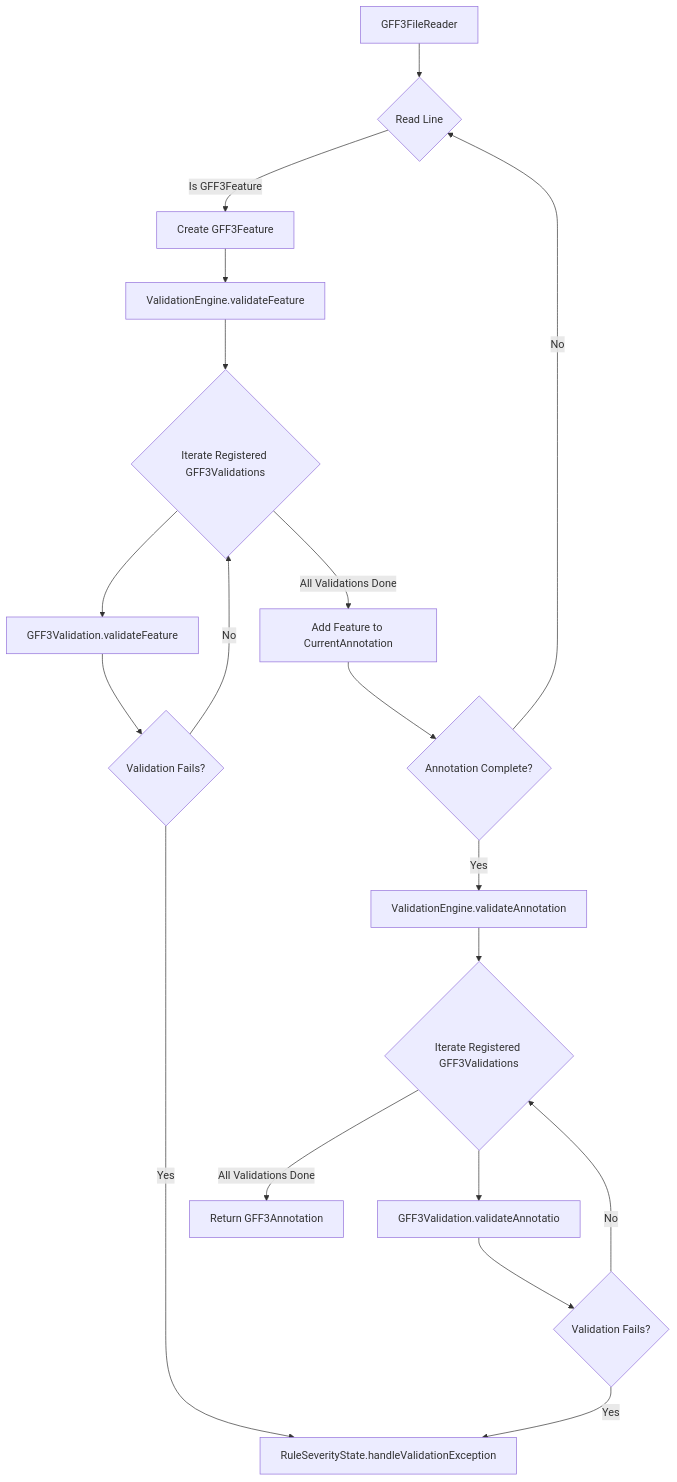
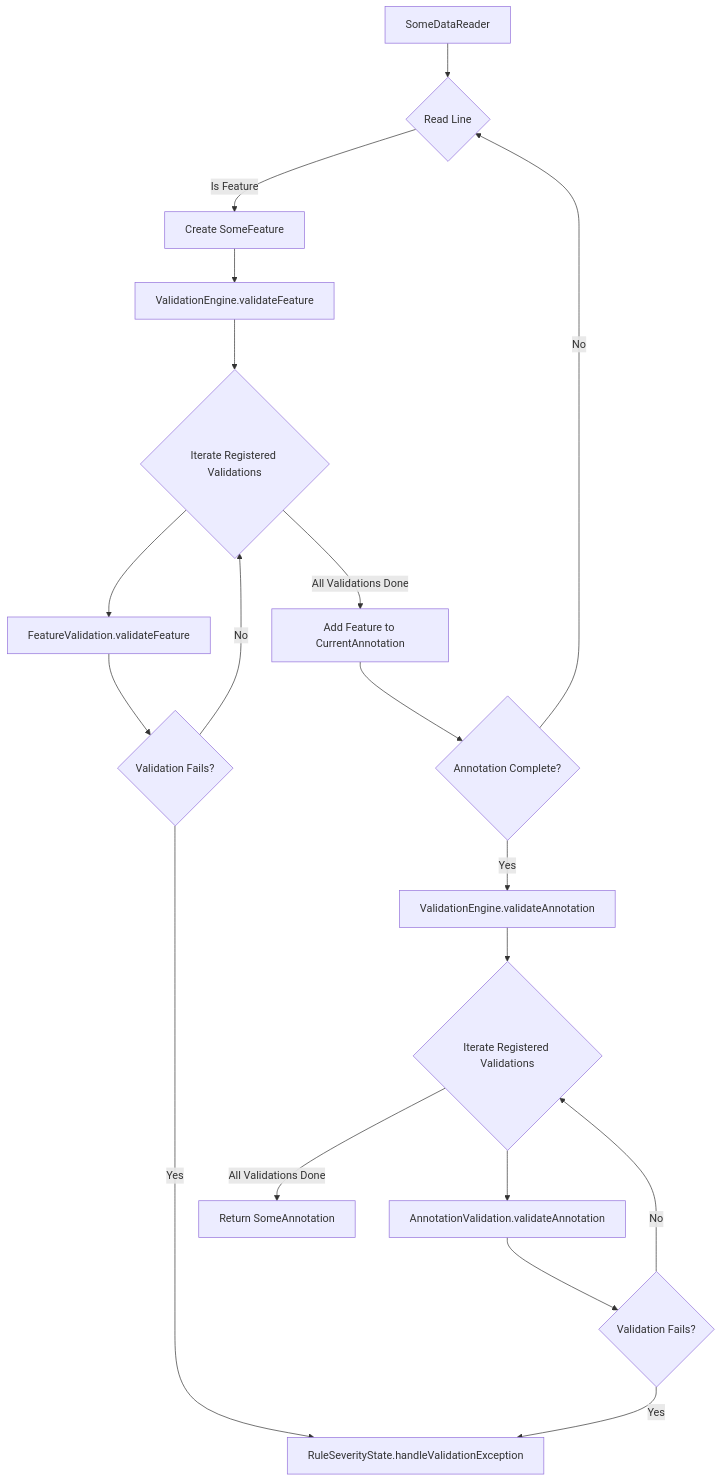
One commit to enasequence/gff3tools changed the diagram in docs/0003_validation_engine.md. Above: the diagram before and after it, drawn with Mermaid. The commit also changed other lines of this file, not shown here.

````diff
--- a/docs/0003_validation_engine.md
+++ b/docs/0003_validation_engine.md
@@ -127,21 +132,21 @@
 ```mermaid
 graph TD
-    A[GFF3FileReader] --> B{Read Line};
-    B -- Is GFF3Feature --> C[Create GFF3Feature];
+    A[SomeDataReader] --> B{Read Line};
+    B -- Is Feature --> C[Create SomeFeature];
     C --> D[ValidationEngine.validateFeature];
-    D --> E{Iterate Registered GFF3Validations};
-    E --> F[GFF3Validation.validateFeature];
+    D --> E{Iterate Registered Validations};
+    E --> F[FeatureValidation.validateFeature];
     F --> G{Validation Fails?};
     G -- Yes --> H[RuleSeverityState.handleValidationException];
     G -- No --> E;
     E -- All Validations Done --> I[Add Feature to CurrentAnnotation];
     I --> J{Annotation Complete?};
     J -- Yes --> K[ValidationEngine.validateAnnotation];
-    K --> L{Iterate Registered GFF3Validations};
-    L --> M[GFF3Validation.validateAnnotatio];
+    K --> L{Iterate Registered Validations};
+    L --> M[AnnotationValidation.validateAnnotation];
     M --> N{Validation Fails?};
     N -- Yes --> H;
     N -- No --> L;
-    L -- All Validations Done --> P[Return GFF3Annotation];
+    L -- All Validations Done --> P[Return SomeAnnotation];
     J -- No --> B;
 ```
````
